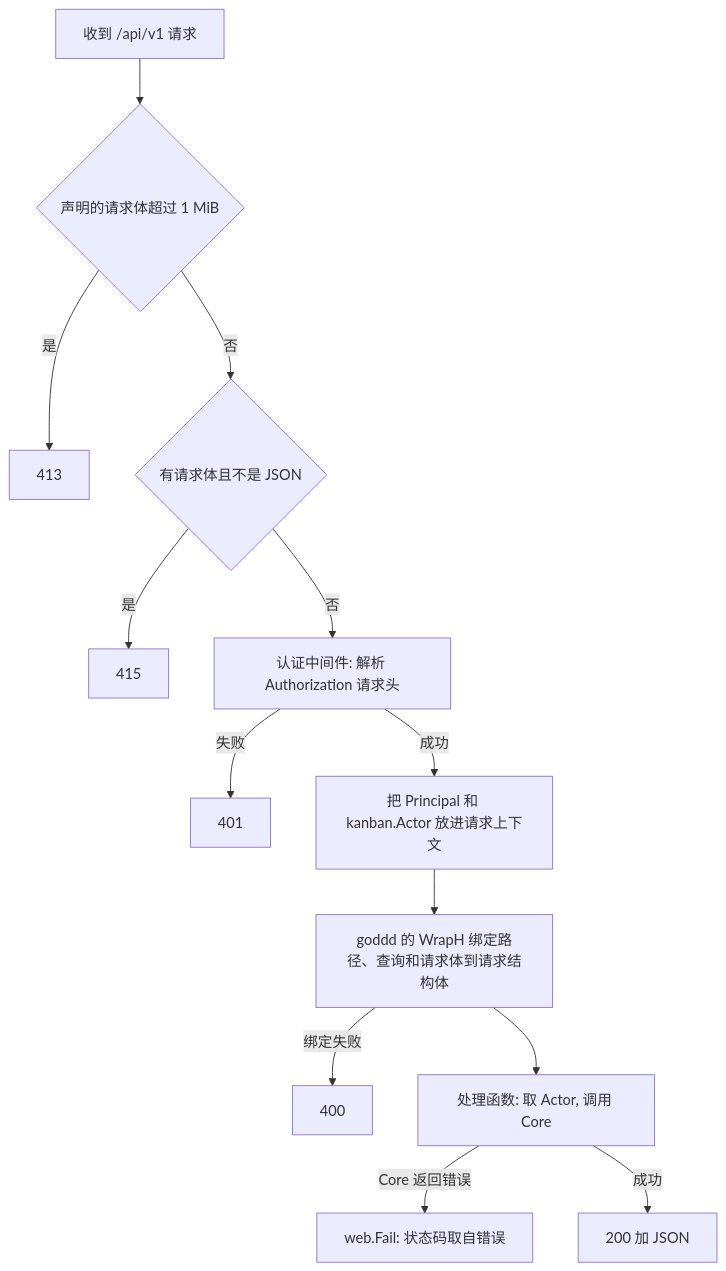
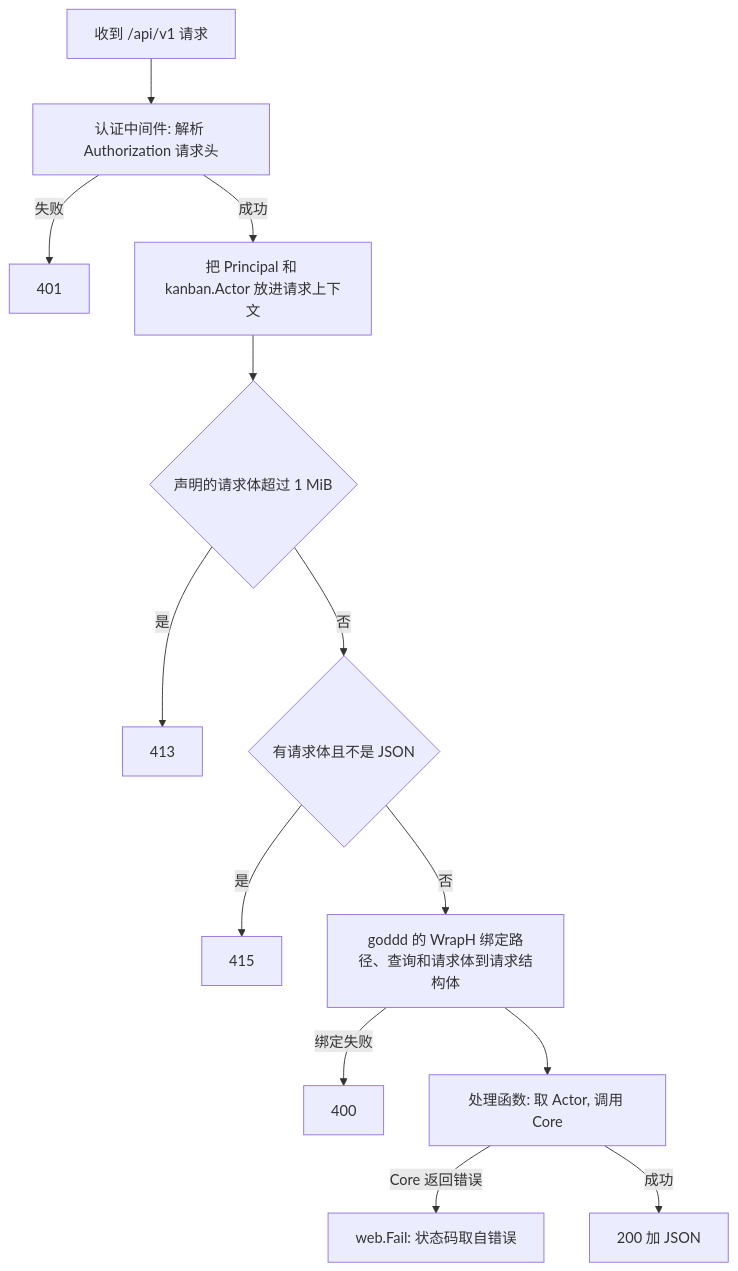
Before and after one commit to ixugo/slate-kanban: the first of 2 diagrams in .cursor/scopes/api.rest.go.md, drawn with Mermaid. The commit also changed other lines of this file and 1 other file, not shown here.

First line of the commit message:
docs(api): 设计文档与实现对齐，勾选需求质量清单

````diff
--- a/.cursor/scopes/api.rest.go.md
+++ b/.cursor/scopes/api.rest.go.md
@@ -76,15 +79,15 @@
 ```mermaid
 flowchart TD
-    A[收到 /api/v1 请求] --> B{声明的请求体超过 1 MiB}
+    A[收到 /api/v1 请求] --> D[认证中间件: 解析 Authorization 请求头]
+    D -->|失败| Z3[401]
+    D -->|成功| E[把 Principal 和 kanban.Actor 放进请求上下文]
+    E --> B{声明的请求体超过 1 MiB}
     B -->|是| Z1[413]
     B -->|否| C{有请求体且不是 JSON}
     C -->|是| Z2[415]
-    C -->|否| D[认证中间件: 解析 Authorization 请求头]
-    D -->|失败| Z3[401]
-    D -->|成功| E[把 Principal 和 kanban.Actor 放进请求上下文]
-    E --> F[goddd 的 WrapH 绑定路径、查询和请求体到请求结构体]
+    C -->|否| F[goddd 的 WrapH 绑定路径、查询和请求体到请求结构体]
     F -->|绑定失败| Z4[400]
     F --> G[处理函数: 取 Actor, 调用 Core]
     G -->|Core 返回错误| H[web.Fail: 状态码取自错误]
     G -->|成功| I[200 加 JSON]
 ```
````
